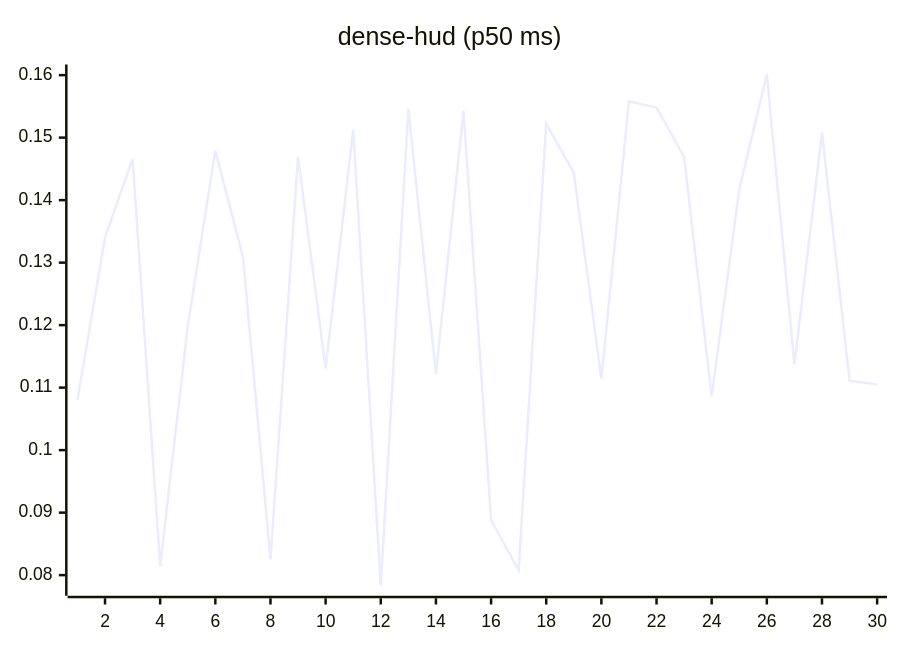
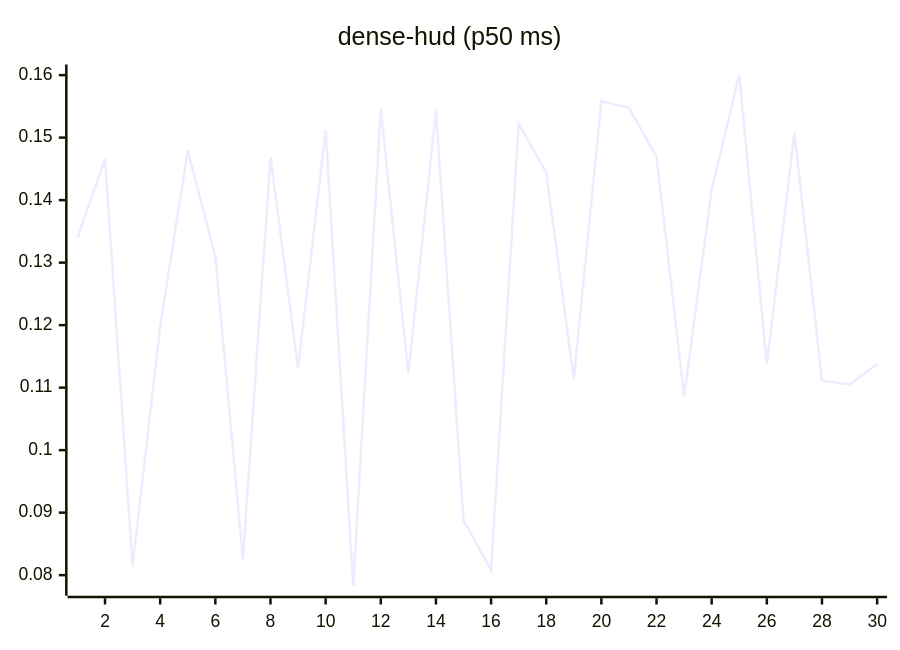
Before and after one commit to josha/Facet: the eighth of 27 diagrams in README.md, drawn with Mermaid. The commit also changed other lines of this file and 2 other files, not shown here.

````diff
--- a/README.md
+++ b/README.md
@@ -112,6 +112,6 @@
 ```mermaid
 xychart-beta
     title "dense-hud (p50 ms)"
     x-axis 1 --> 30
-    line [0.1080, 0.1340, 0.1466, 0.0814, 0.1198, 0.1479, 0.1310, 0.0825, 0.1469, 0.1131, 0.1512, 0.0783, 0.1546, 0.1122, 0.1543, 0.0888, 0.0808, 0.1522, 0.1444, 0.1114, 0.1558, 0.1548, 0.1469, 0.1086, 0.1417, 0.1601, 0.1137, 0.1508, 0.1111, 0.1105]
+    line [0.1340, 0.1466, 0.0814, 0.1198, 0.1479, 0.1310, 0.0825, 0.1469, 0.1131, 0.1512, 0.0783, 0.1546, 0.1122, 0.1543, 0.0888, 0.0808, 0.1522, 0.1444, 0.1114, 0.1558, 0.1548, 0.1469, 0.1086, 0.1417, 0.1601, 0.1137, 0.1508, 0.1111, 0.1105, 0.1138]
 ```
````
